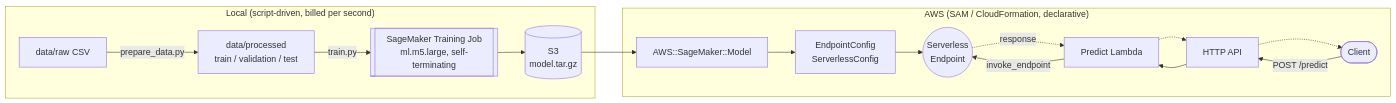
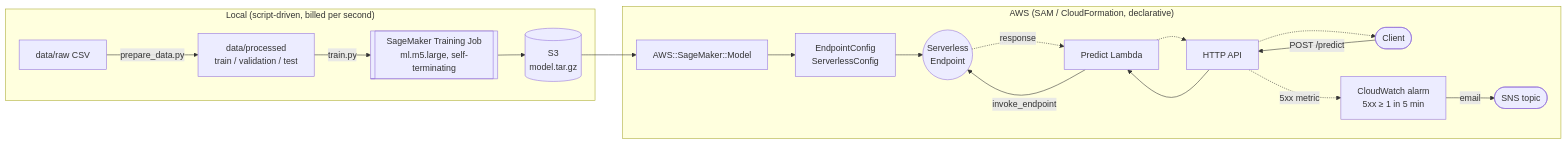
Before and after one commit to jeffgrosse/aws-sagemaker-xgboost-churn: the diagram in docs/ARCHITECTURE.md, drawn with Mermaid. The commit also changed other lines of this file and 2 other files, not shown here.

Commit message:
docs: README and architecture updates for v0.2.0

````diff
--- a/docs/ARCHITECTURE.md
+++ b/docs/ARCHITECTURE.md
@@ -5,17 +5,19 @@
 ```mermaid
 flowchart LR
     subgraph Local["Local (script-driven, billed per second)"]
         A[data/raw CSV] -->|prepare_data.py| B[data/processed<br/>train / validation / test]
         B -->|train.py| C[["SageMaker Training Job<br/>ml.m5.large, self-terminating"]]
         C --> D[(S3<br/>model.tar.gz)]
     end
     subgraph Stack["AWS (SAM / CloudFormation, declarative)"]
         D --> E[AWS::SageMaker::Model]
         E --> F[EndpointConfig<br/>ServerlessConfig]
         F --> G((Serverless<br/>Endpoint))
         H([Client]) -->|POST /predict| I[HTTP API]
         I --> J[Predict Lambda]
         J -->|invoke_endpoint| G
         G -.response.-> J -.-> I -.-> H
+        I -.5xx metric.-> K["CloudWatch alarm<br/>5xx ≥ 1 in 5 min"]
+        K -->|email| L([SNS topic])
     end
 ```
````
